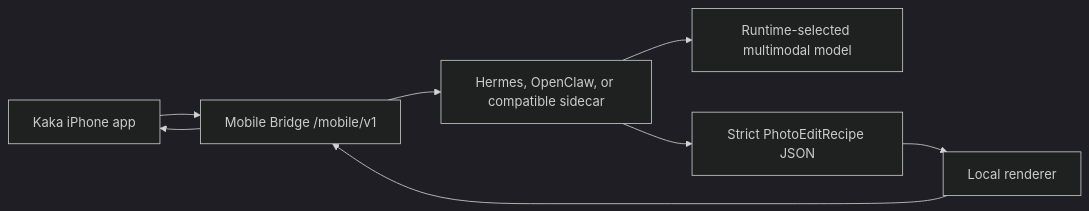
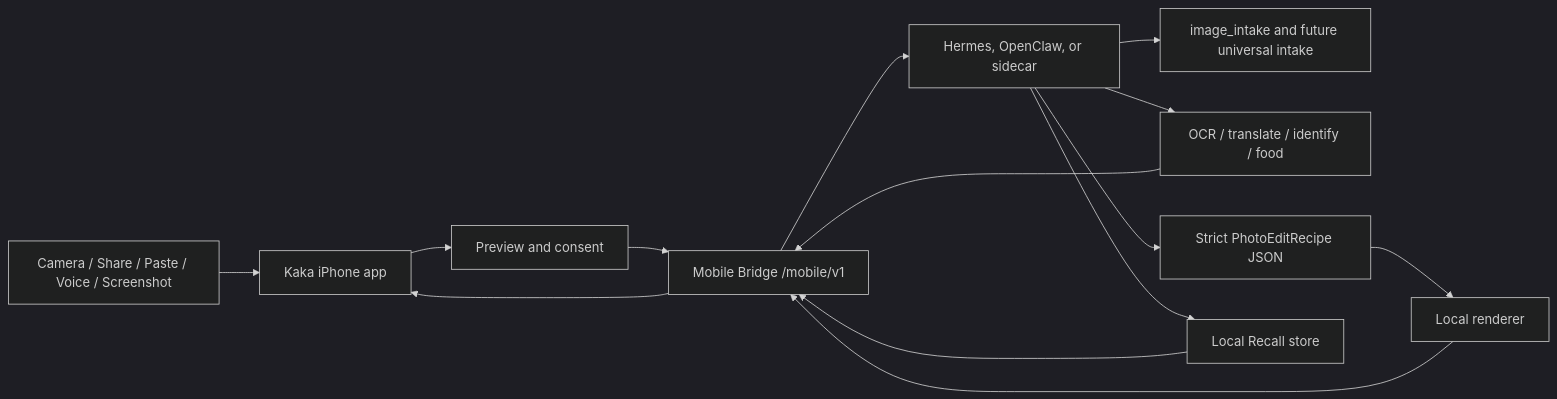
The diagram in README.md (MightyKartz/kaka), drawn with Mermaid (dark theme) before and after one commit. The commit also changed other lines of this file and 107 other files, not shown here.

Commit message:
Evolve Kaka pocket agent image intake

````diff
--- a/README.md
+++ b/README.md
@@ -38,10 +50,16 @@
 ```mermaid
 flowchart LR
-  Phone["Kaka iPhone app"] --> Bridge["Mobile Bridge /mobile/v1"]
-  Bridge --> Runtime["Hermes, OpenClaw, or compatible sidecar"]
-  Runtime --> Model["Runtime-selected multimodal model"]
+  Inputs["Camera / Share / Paste / Voice / Screenshot"] --> Phone["Kaka iPhone app"]
+  Phone --> Consent["Preview and consent"]
+  Consent --> Bridge["Mobile Bridge /mobile/v1"]
+  Bridge --> Runtime["Hermes, OpenClaw, or sidecar"]
+  Runtime --> Intake["image_intake and future universal intake"]
+  Runtime --> Vision["OCR / translate / identify / food"]
   Runtime --> Recipe["Strict PhotoEditRecipe JSON"]
+  Runtime --> Memory["Local Recall store"]
   Recipe --> Renderer["Local renderer"]
+  Vision --> Bridge
   Renderer --> Bridge
+  Memory --> Bridge
   Bridge --> Phone
 ```
````
